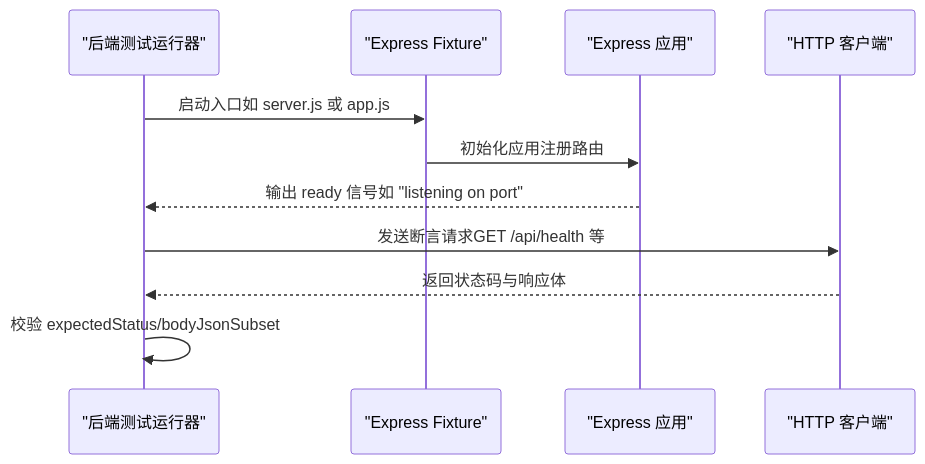
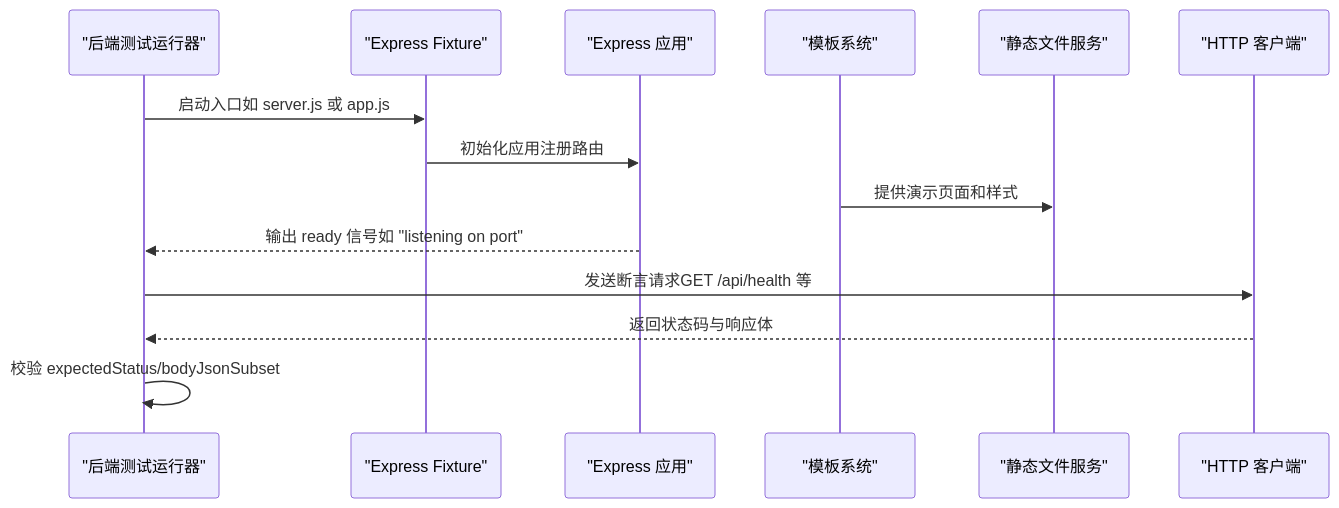
Before and after one commit to esa-sp/test-for-aone-ci: the third of 9 diagrams in .qoder/repowiki/zh/content/后端框架测试/后端框架测试.md, drawn with Mermaid. The commit also changed other lines of this file and 58 other files, not shown here.

````diff
--- a/.qoder/repowiki/zh/content/后端框架测试/后端框架测试.md
+++ b/.qoder/repowiki/zh/content/后端框架测试/后端框架测试.md
@@ -106,13 +151,16 @@
 ```mermaid
 sequenceDiagram
 participant Runner as "后端测试运行器"
 participant Fixture as "Express Fixture"
 participant App as "Express 应用"
+participant Template as "模板系统"
+participant Static as "静态文件服务"
 participant HTTP as "HTTP 客户端"
 Runner->>Fixture : 启动入口如 server.js 或 app.js
 Fixture->>App : 初始化应用注册路由
+Template->>Static : 提供演示页面和样式
 App-->>Runner : 输出 ready 信号如 "listening on port"
 Runner->>HTTP : 发送断言请求GET /api/health 等
 HTTP-->>Runner : 返回状态码与响应体
 Runner->>Runner : 校验 expectedStatus/bodyJsonSubset
 ```
````
